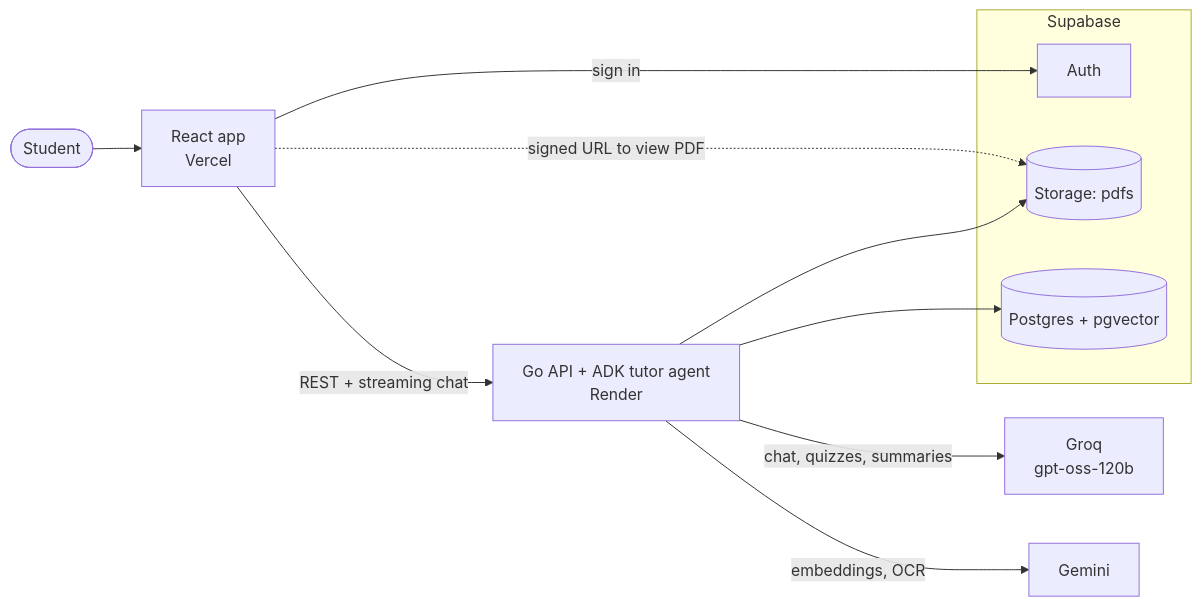
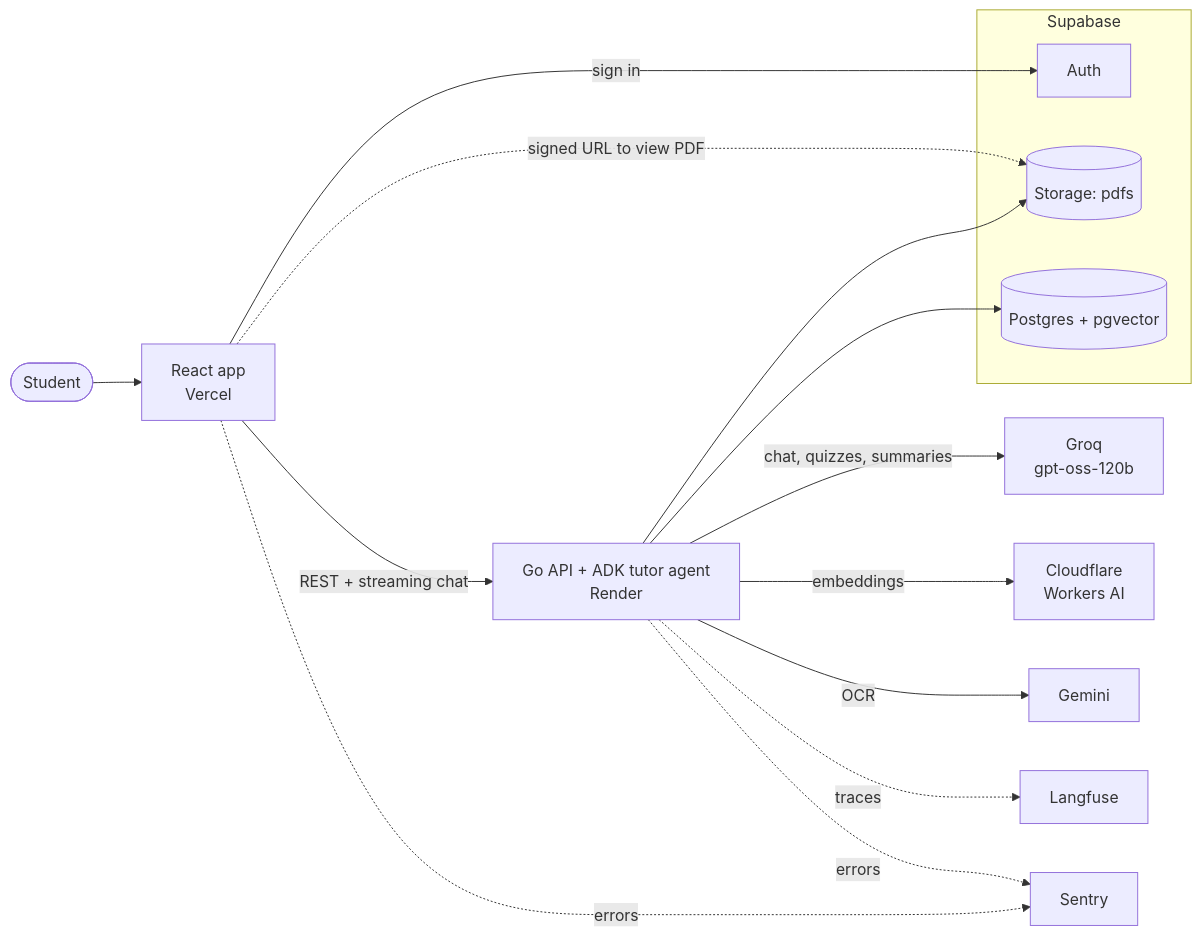
One commit to sumit-0804/PagePilot changed the diagram in README.md. Above: the diagram before and after it, drawn with Mermaid. The commit also changed other lines of this file and 16 other files, not shown here.

Commit message:
Switch embeddings to Cloudflare Workers AI

````diff
--- a/README.md
+++ b/README.md
@@ -11,18 +11,22 @@
 ```mermaid
 flowchart LR
     user(["Student"]) --> app["React app<br/>Vercel"]
     app -->|"sign in"| auth
     app -->|"REST + streaming chat"| api["Go API + ADK tutor agent<br/>Render"]
     app -.->|"signed URL to view PDF"| storage
 
     subgraph supabase["Supabase"]
         auth["Auth"]
         db[("Postgres + pgvector")]
         storage[("Storage: pdfs")]
     end
 
     api --> db
     api --> storage
     api -->|"chat, quizzes, summaries"| groq["Groq<br/>gpt-oss-120b"]
-    api -->|"embeddings, OCR"| gemini["Gemini"]
+    api -->|"embeddings"| cloudflare["Cloudflare<br/>Workers AI"]
+    api -->|"OCR"| gemini["Gemini"]
+    api -.->|"traces"| langfuse["Langfuse"]
+    api -.->|"errors"| sentry["Sentry"]
+    app -.->|"errors"| sentry
 ```
````
